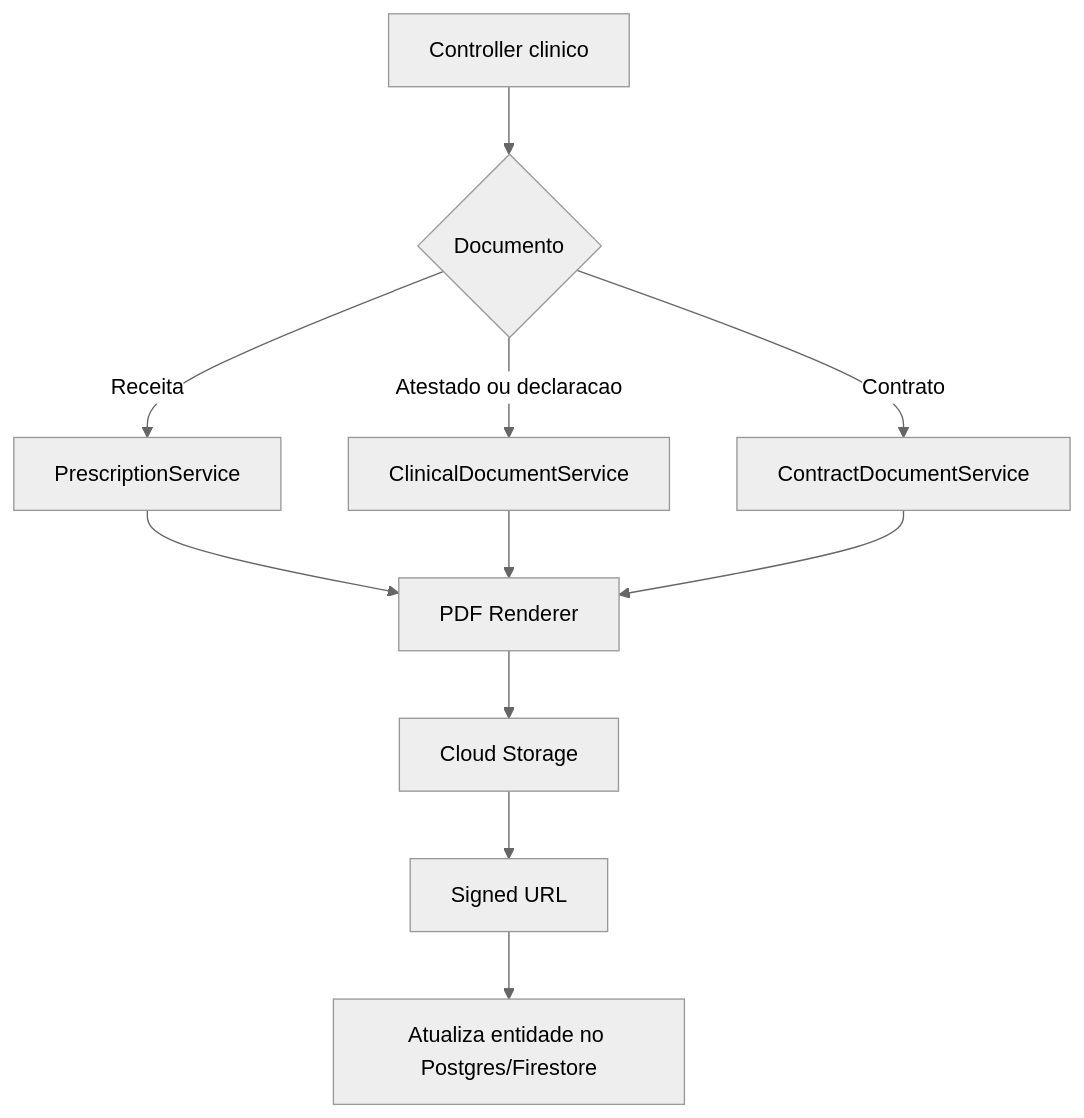
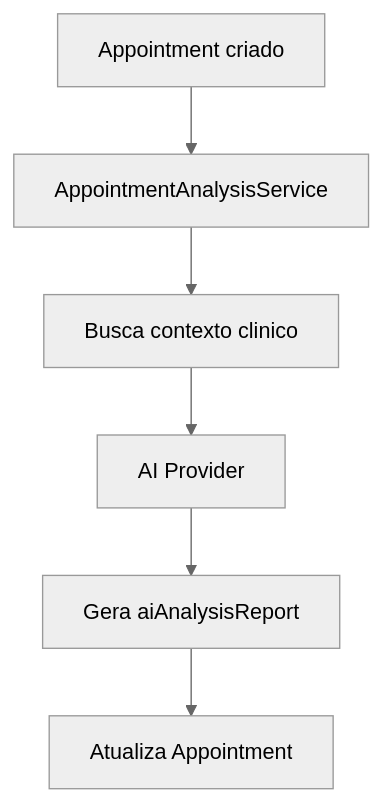
One commit to thousandtws-tech/tws-fht-clinca-b2y changed the seventh of 7 diagrams in org.tws.by2/docs/backend-java-fluxo.md. Above: the diagram before and after it, drawn with Mermaid (neutral theme). The commit also changed other lines of this file, not shown here.

````diff
--- a/org.tws.by2/docs/backend-java-fluxo.md
+++ b/org.tws.by2/docs/backend-java-fluxo.md
@@ -527,15 +566,8 @@
 ```mermaid
 flowchart TD
-  A[Controller clinico] --> B{Documento}
-  B -->|Receita| C[PrescriptionService]
-  B -->|Atestado ou declaracao| D[ClinicalDocumentService]
-  B -->|Contrato| E[ContractDocumentService]
-
-  C --> F[PDF Renderer]
-  D --> F
-  E --> F
-
-  F --> G[Cloud Storage]
-  G --> H[Signed URL]
-  H --> I[Atualiza entidade no Postgres/Firestore]
+  A[Appointment criado] --> B[AppointmentAnalysisService]
+  B --> C[Busca contexto clinico]
+  C --> D[AI Provider]
+  D --> E[Gera aiAnalysisReport]
+  E --> F[Atualiza Appointment]
 ```
````
